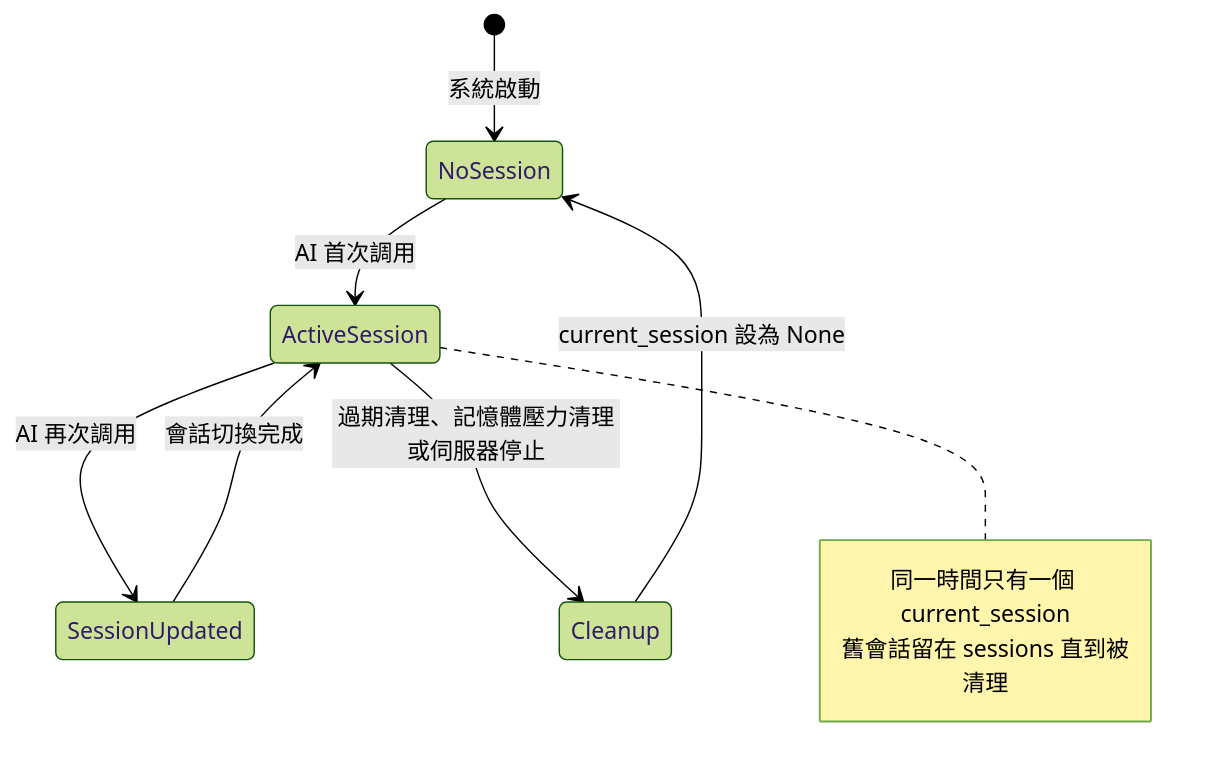
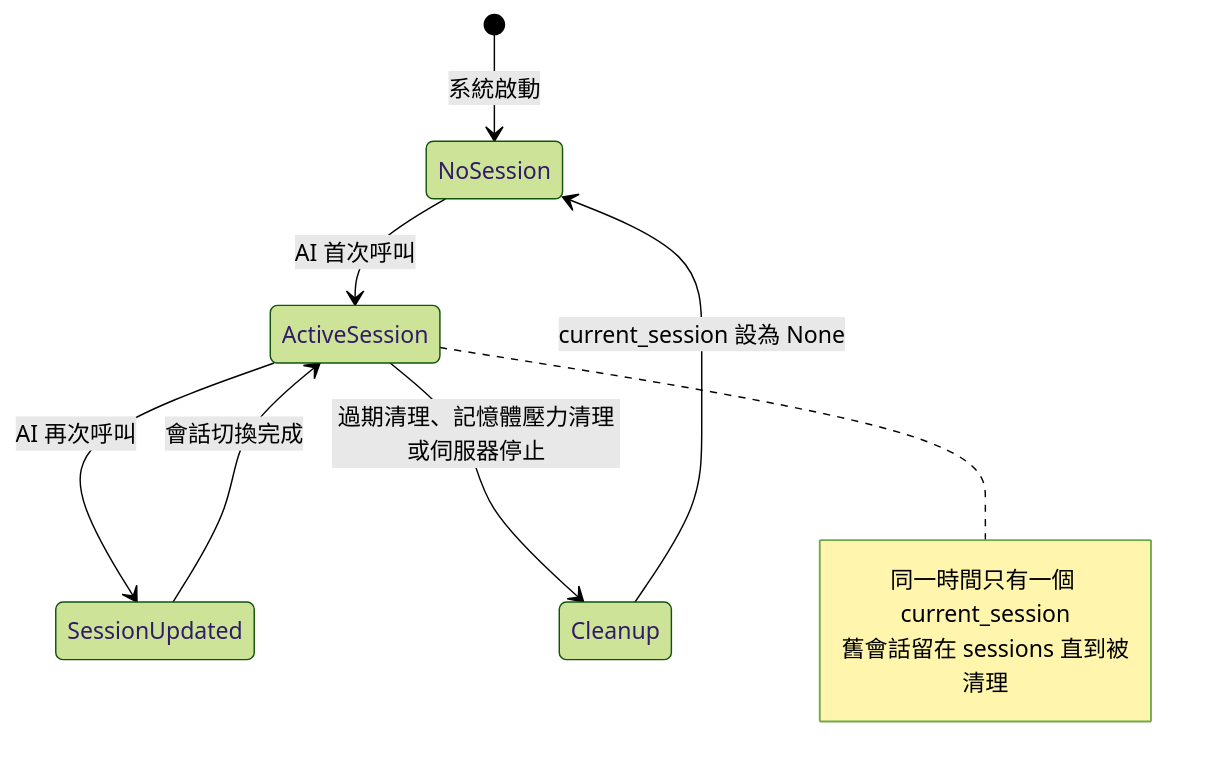
The second of 8 diagrams in docs/architecture/system-overview.md (CloudEngineHub/mcp-feedback-enhanced), drawn with Mermaid (forest theme) before and after one commit. The commit also changed other lines of this file, not shown here.

````diff
--- a/docs/architecture/system-overview.md
+++ b/docs/architecture/system-overview.md
@@ -193,14 +193,14 @@
 ```mermaid
 stateDiagram-v2
     [*] --> NoSession: 系統啟動
-    NoSession --> ActiveSession: AI 首次調用
-    ActiveSession --> SessionUpdated: AI 再次調用
+    NoSession --> ActiveSession: AI 首次呼叫
+    ActiveSession --> SessionUpdated: AI 再次呼叫
     SessionUpdated --> ActiveSession: 會話切換完成
     ActiveSession --> Cleanup: 過期清理、記憶體壓力清理或伺服器停止
     Cleanup --> NoSession: current_session 設為 None
 
     note right of ActiveSession
         同一時間只有一個 current_session
         舊會話留在 sessions 直到被清理
     end note
 ```
````
